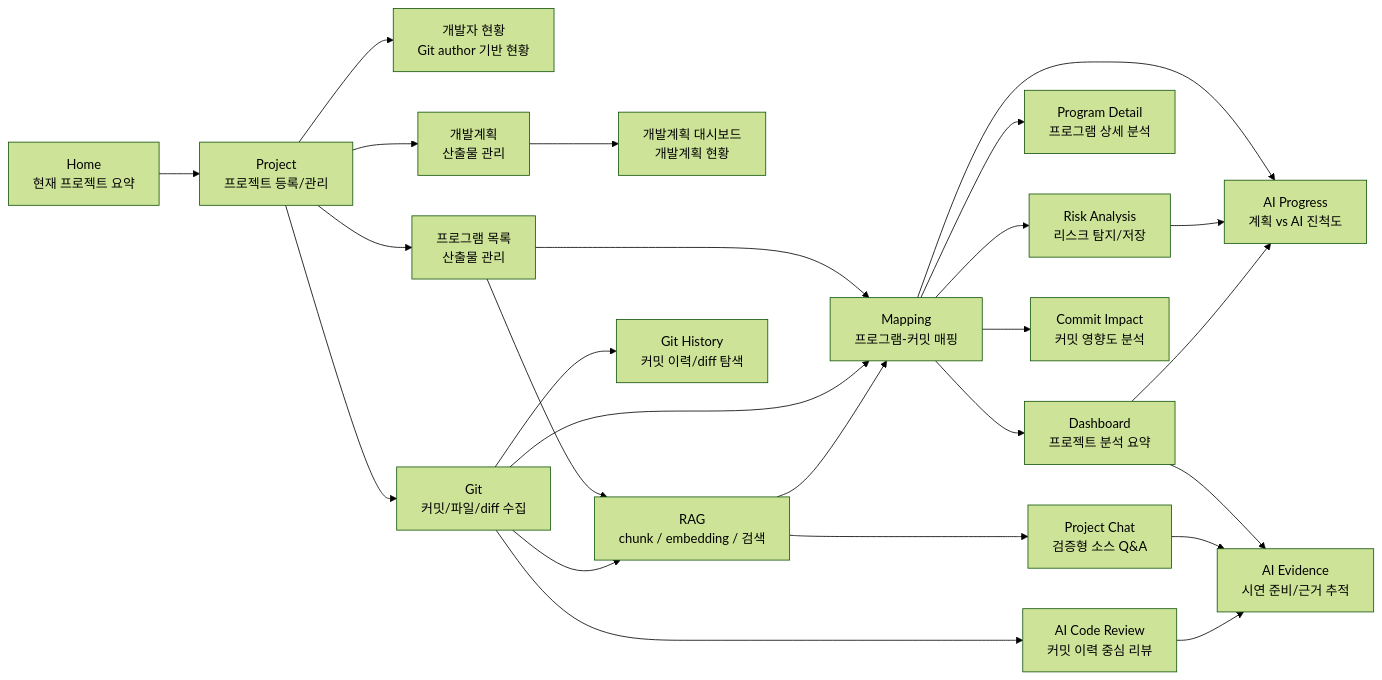
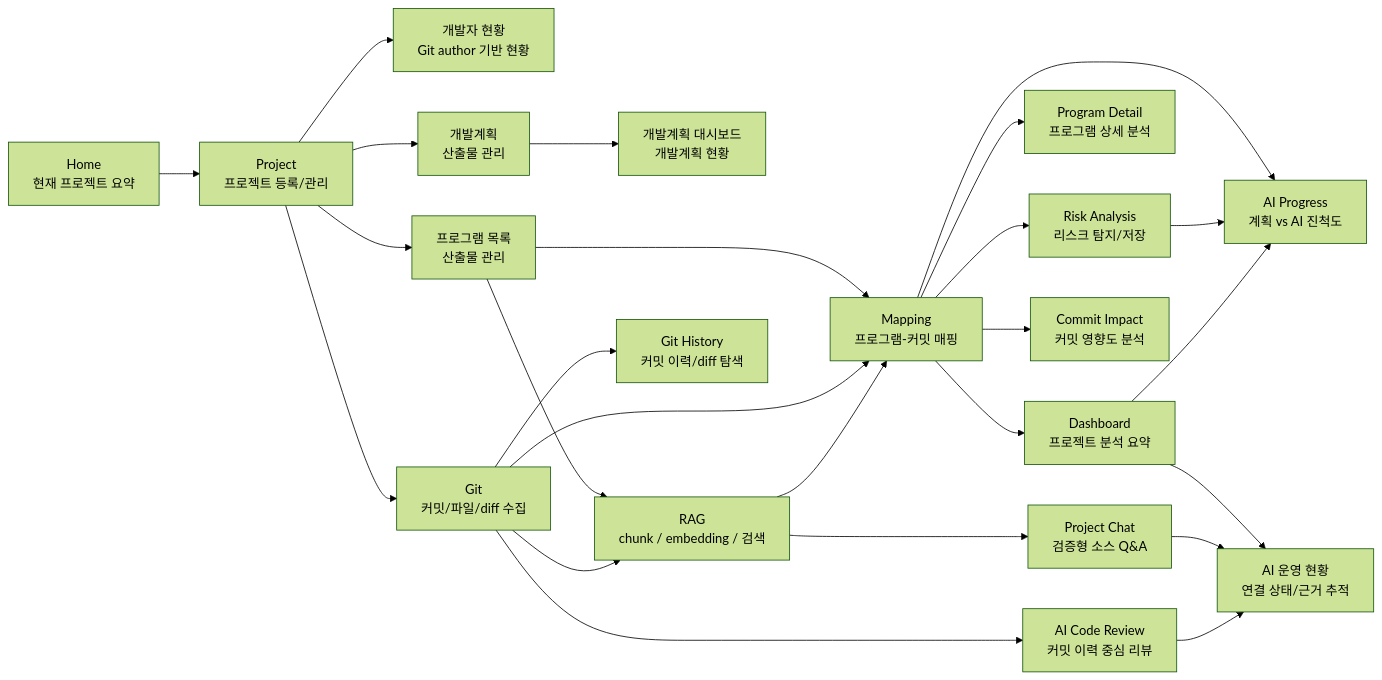
Before and after one commit to ino5/ai-commit-advisor-26: the fourth of 10 diagrams in docs/architecture.md, drawn with Mermaid (forest theme). The commit also changed other lines of this file and 26 other files, not shown here.

````diff
--- a/docs/architecture.md
+++ b/docs/architecture.md
@@ -176,27 +176,27 @@
 ```mermaid
 flowchart LR
     Home["Home<br/>현재 프로젝트 요약"] --> Project["Project<br/>프로젝트 등록/관리"]
     Project --> Developer["개발자 현황<br/>Git author 기반 현황"]
     Project --> Program["프로그램 목록<br/>산출물 관리"]
     Project --> PlanUpload["개발계획<br/>산출물 관리"]
     Project --> Git["Git<br/>커밋/파일/diff 수집"]
     Program --> Mapping["Mapping<br/>프로그램-커밋 매핑"]
     PlanUpload --> PlanningDashboard["개발계획 대시보드<br/>개발계획 현황"]
     Git --> Mapping
     Program --> RAG["RAG<br/>chunk / embedding / 검색"]
     Git --> RAG
     RAG --> Mapping
     RAG --> ProjectChat["Project Chat<br/>검증형 소스 Q&A"]
     Mapping --> ProgramDetail["Program Detail<br/>프로그램 상세 분석"]
     Git --> GitHistory["Git History<br/>커밋 이력/diff 탐색"]
     Mapping --> Risk["Risk Analysis<br/>리스크 탐지/저장"]
     Mapping --> Impact["Commit Impact<br/>커밋 영향도 분석"]
     Git --> CodeReview["AI Code Review<br/>커밋 이력 중심 리뷰"]
     Mapping --> Dashboard["Dashboard<br/>프로젝트 분석 요약"]
     Mapping --> AIProgress["AI Progress<br/>계획 vs AI 진척도"]
     Risk --> AIProgress
     Dashboard --> AIProgress
-    Dashboard --> AIEvidence["AI Evidence<br/>시연 준비/근거 추적"]
+    Dashboard --> AIEvidence["AI 운영 현황<br/>연결 상태/근거 추적"]
     ProjectChat --> AIEvidence
     CodeReview --> AIEvidence
 ```
````
